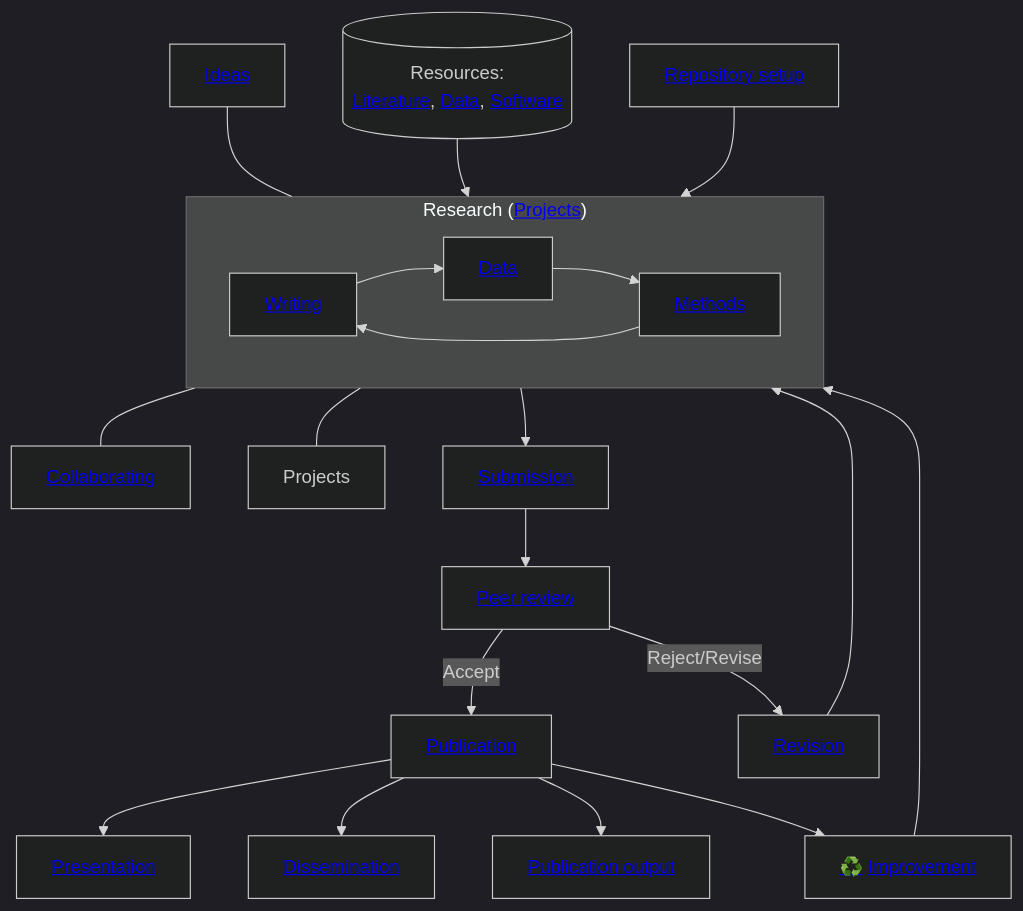
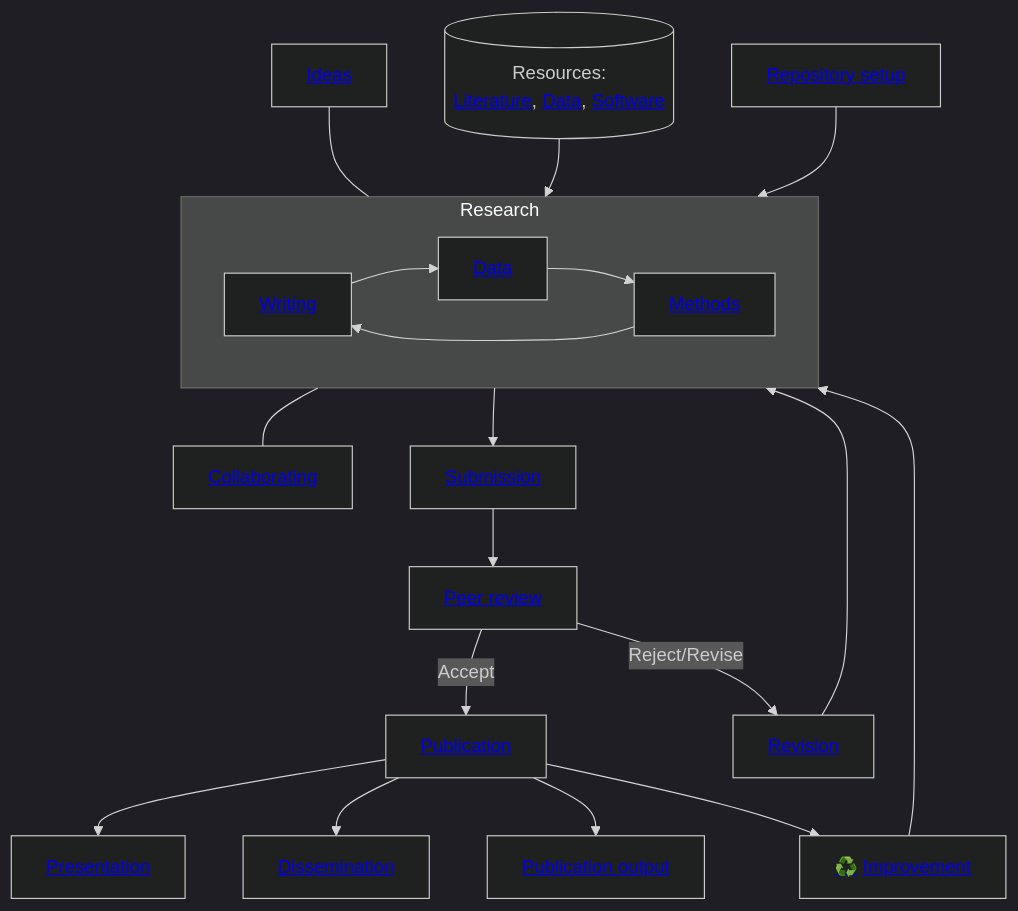
Before and after one commit to digital-work-lab/handbook: the diagram in docs/20-research/index.md, drawn with Mermaid (dark theme).

````diff
--- a/docs/20-research/index.md
+++ b/docs/20-research/index.md
@@ -14,25 +14,24 @@
 ```mermaid
 flowchart TB
-    Ideas["<a href='20_processes/20.09.ideas.html'>Ideas</a>"] --- Research
-    subgraph Research["Research (<a href='25-projects.html'>Projects</a>)"]
+    Ideas["<a href='20_processes/20.09.ideas.html'>Ideas</a>"] --- Research["Research (<a href='25-projects.html'>Projects</a>)"]
+    subgraph Research
         Writing["<a href='20_processes/20.29.writing.html'>Writing</a>"] --> Data
         Methods["<a href='20_processes/20.18.methods.html'>Methods</a>"] --> Writing
         Data["<a href='20_processes/20.17.data.html'>Data</a>"] --> Methods
     end
 
     Research --- Collaborating["<a href='20_processes/20.16.collaboration.html'>Collaborating</a>"]
-    Research --- Projects
 
     Resources[("Resources:<br><a href='22-literature.html'>Literature</a>, <a href='23-data.html'>Data</a>, <a href='24-software.html'>Software</a>")] --> Research
     Setup["<a href='20_processes/20.15.repo-setup.html'>Repository setup</a>"] --> Research
     Research --> Submission["<a href='20_processes/20.30.pre-submission.html'>Submission</a>"]
     Submission --> Review["<a href='../50-service/50_processes/50.10.reviewer.html'>Peer review</a>"]
     Review -->|Accept| Publication["<a href='20_processes/20.33.publication.html'>Publication</a>"]
     Review -->|Reject/Revise| Revise["<a href='20_processes/20.32.revision.html'>Revision</a>"]
     Revise --> Research
     
     Publication --> Presentation["<a href='20_processes/20.28.presentation.html'>Presentation</a>"]
     Publication --> Dissemination["<a href='20_processes/20.34.dissemination.html'>Dissemination</a>"]
     Publication --> PublicationOutput["<a href='29-publications.html'>Publication output</a>"]
     Publication --> Improvement["<a href='../10-lab/10_processes/10.01.goals.html'>♻️</a> <a href='20_processes/20.35.improvement.html'>Improvement</a>"] --> Research
 ```
````
